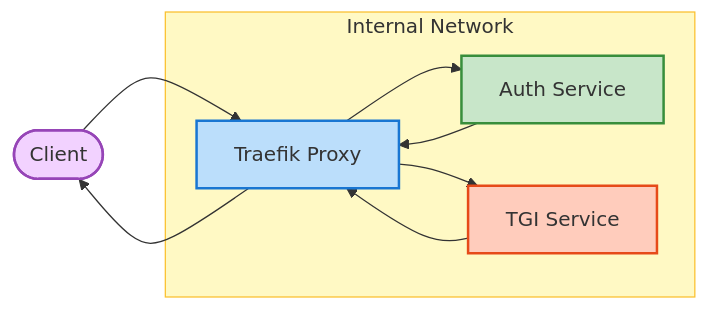
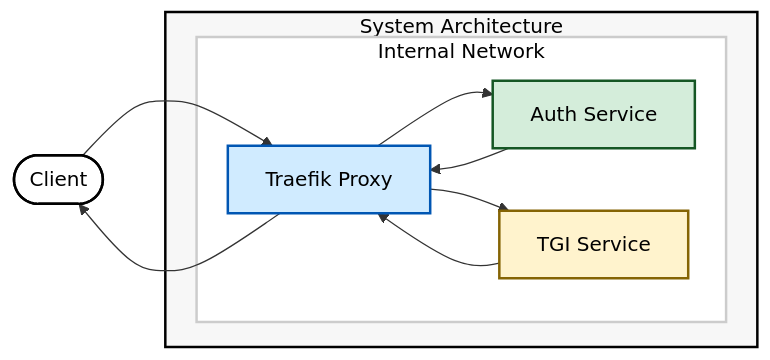
The diagram in Readme.md (TiberAICommunity/xpu_tgi), drawn with Mermaid before and after one commit. The commit also changed other lines of this file, not shown here.

````diff
--- a/Readme.md
+++ b/Readme.md
@@ -75,33 +58,32 @@
 ```mermaid
 flowchart LR
     Client([Client])
-    Traefik[Traefik Proxy]
-    Auth[Auth Service]
-    TGI[TGI Service]
+    subgraph System["System Architecture"]
+        subgraph Internal["Internal Network"]
+            Traefik[Traefik Proxy]
+            Auth[Auth Service]
+            TGI[TGI Service]
+        end
+    end
 
     Client --> Traefik
+    Traefik --> Client
     Traefik --> Auth
     Auth --> Traefik
     Traefik --> TGI
     TGI --> Traefik
-    Traefik --> Client
 
-    subgraph Internal["Internal Network"]
-        Traefik
-        Auth
-        TGI
-    end
-
-    classDef client fill:#f2d2ff,stroke:#9645b7,stroke-width:2px;
-    classDef proxy fill:#bbdefb,stroke:#1976d2,stroke-width:2px;
-    classDef auth fill:#c8e6c9,stroke:#388e3c,stroke-width:2px;
-    classDef tgi fill:#ffccbc,stroke:#e64a19,stroke-width:2px;
-    classDef network fill:#fff9c4,stroke:#fbc02d,stroke-width:1px;
+    classDef client fill:#ffffff,stroke:#000000,stroke-width:2px,color:#000000;
+    classDef proxy fill:#d0ebff,stroke:#0056b3,stroke-width:2px,color:#000000;
+    classDef auth fill:#d4edda,stroke:#155724,stroke-width:2px,color:#000000;
+    classDef tgi fill:#fff3cd,stroke:#856404,stroke-width:2px,color:#000000;
+    classDef network fill:#ffffff,stroke:#cccccc,stroke-width:2px,color:#000000;
+    classDef system fill:#f7f7f7,stroke:#000000,stroke-width:2px,color:#000000;
 
     class Client client;
     class Traefik proxy;
     class Auth auth;
     class TGI tgi;
     class Internal network;
-
+    class System system;
 ```
````
